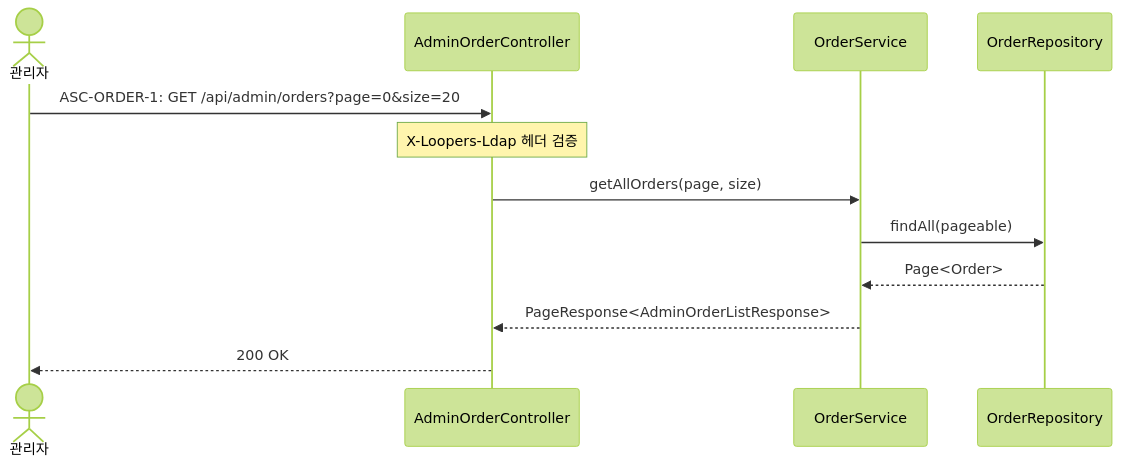
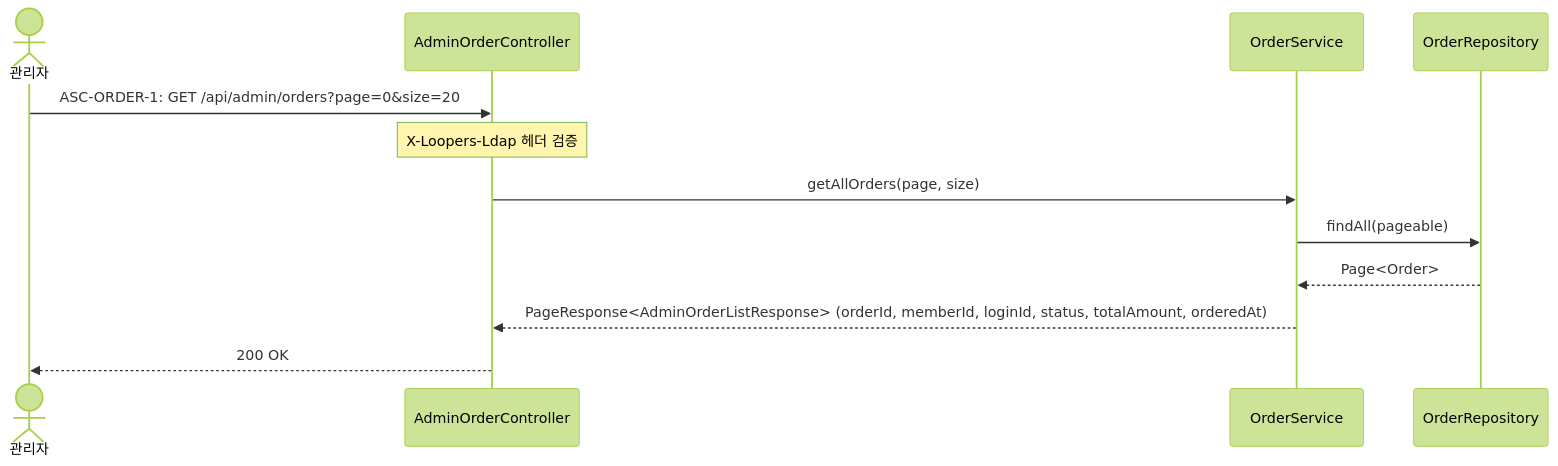
Diagram 36 of 41 in docs/02-sequence-diagrams.md (loopers-labs/loop-pack-be-l2-vol4-kotlin), drawn with Mermaid (forest theme) before and after one commit. The commit also changed other lines of this file and 2 other files, not shown here.

Commit message:
:memo: 3차 클래스 다이어그램 일단 완료

````diff
--- a/docs/02-sequence-diagrams.md
+++ b/docs/02-sequence-diagrams.md
@@ -1090,16 +1119,16 @@
 ```mermaid
 sequenceDiagram
     actor Admin as 관리자
     participant Controller as AdminOrderController
     participant Service as OrderService
     participant Repo as OrderRepository
 
     Admin->>Controller: ASC-ORDER-1: GET /api/admin/orders?page=0&size=20
     Note over Controller: X-Loopers-Ldap 헤더 검증
 
     Controller->>Service: getAllOrders(page, size)
     Service->>Repo: findAll(pageable)
     Repo-->>Service: Page<Order>
-    Service-->>Controller: PageResponse<AdminOrderListResponse>
+    Service-->>Controller: PageResponse<AdminOrderListResponse> (orderId, memberId, loginId, status, totalAmount, orderedAt)
     Controller-->>Admin: 200 OK
 ```
````
